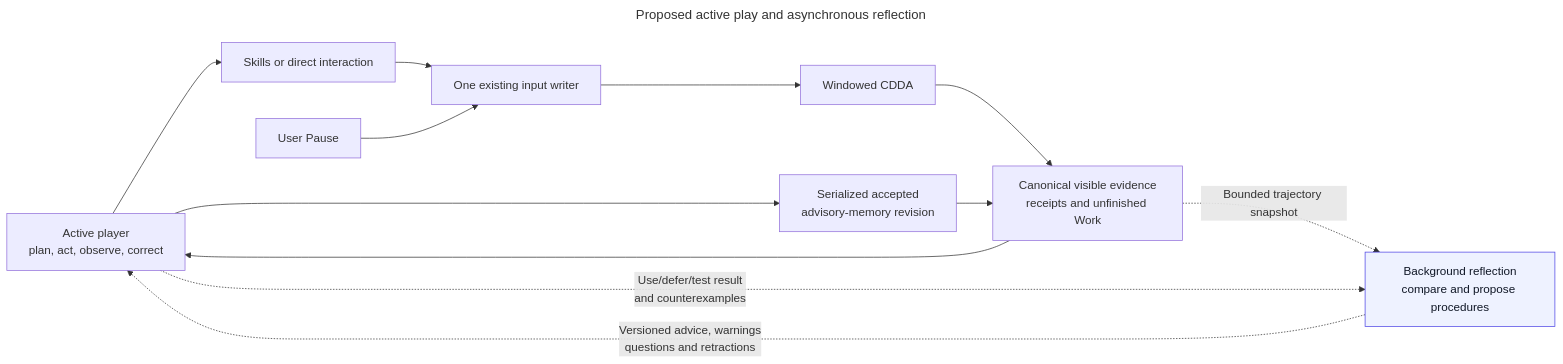
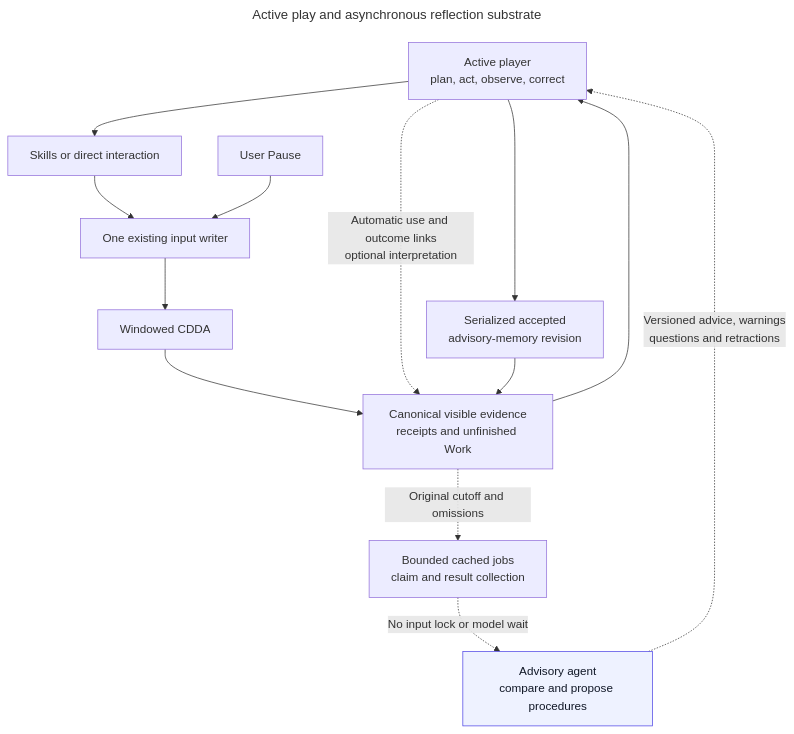
Before and after one commit to CVX-Hull/enactive: the diagram in docs/diagrams/asynchronous-reflection.mmd, drawn with Mermaid. The commit also changed 300 other files, not shown here.

First line of the commit message:
Integrate organic discovery, learning and reviewable architecture (#180)

```diff
--- a/docs/diagrams/asynchronous-reflection.mmd
+++ b/docs/diagrams/asynchronous-reflection.mmd
@@ -1,19 +1,20 @@
 ---
-title: Proposed active play and asynchronous reflection
+title: Active play and asynchronous reflection substrate
 ---
-flowchart LR
+flowchart TB
   accTitle: One active player acts while a background learner proposes evidence-linked procedures
-  accDescr: The active player uses skills or direct interaction through one existing writer to windowed CDDA. Retained visible evidence feeds a background trajectory learner. Advisory proposals return to the active player and accepted scoped revisions go through the serialized memory writer. The background learner has no input authority. User Pause independently blocks dispatch. These are proposed logical responsibilities, not implemented new processes.
+  accDescr: One active player uses skills or ordinary input through the existing writer to windowed CDDA. Original receipts feed a bounded job mailbox. An advisory agent claims jobs and returns source linked proposals outside all input locks. Only the active player adopts procedure revisions through the existing memory writer. User Pause remains independent. Bounded actual overlap is demonstrated; general usefulness, apparent cadence and the integrated campaign remain separate acceptance questions.
   P["Active player<br/>plan, act, observe, correct"] --> I["Skills or direct interaction"]
   I --> W["One existing input writer"]
   W --> G["Windowed CDDA"]
   G --> E["Canonical visible evidence<br/>receipts and unfinished Work"]
   E --> P
-  E -. "Bounded trajectory snapshot" .-> R["Background reflection<br/>compare and propose procedures"]
+  E -. "Original cutoff and omissions" .-> Q["Bounded cached jobs<br/>claim and result collection"]
+  Q -. "No input lock or model wait" .-> R["Advisory agent<br/>compare and propose procedures"]
   R -. "Versioned advice, warnings<br/>questions and retractions" .-> P
-  P -. "Use/defer/test result<br/>and counterexamples" .-> R
+  P -. "Automatic use and outcome links<br/>optional interpretation" .-> E
   P --> M["Serialized accepted<br/>advisory-memory revision"]
   M --> E
   U["User Pause"] --> W
   classDef learner fill:#eef2ff,stroke:#4f46e5,color:#111827
   class R learner
```
